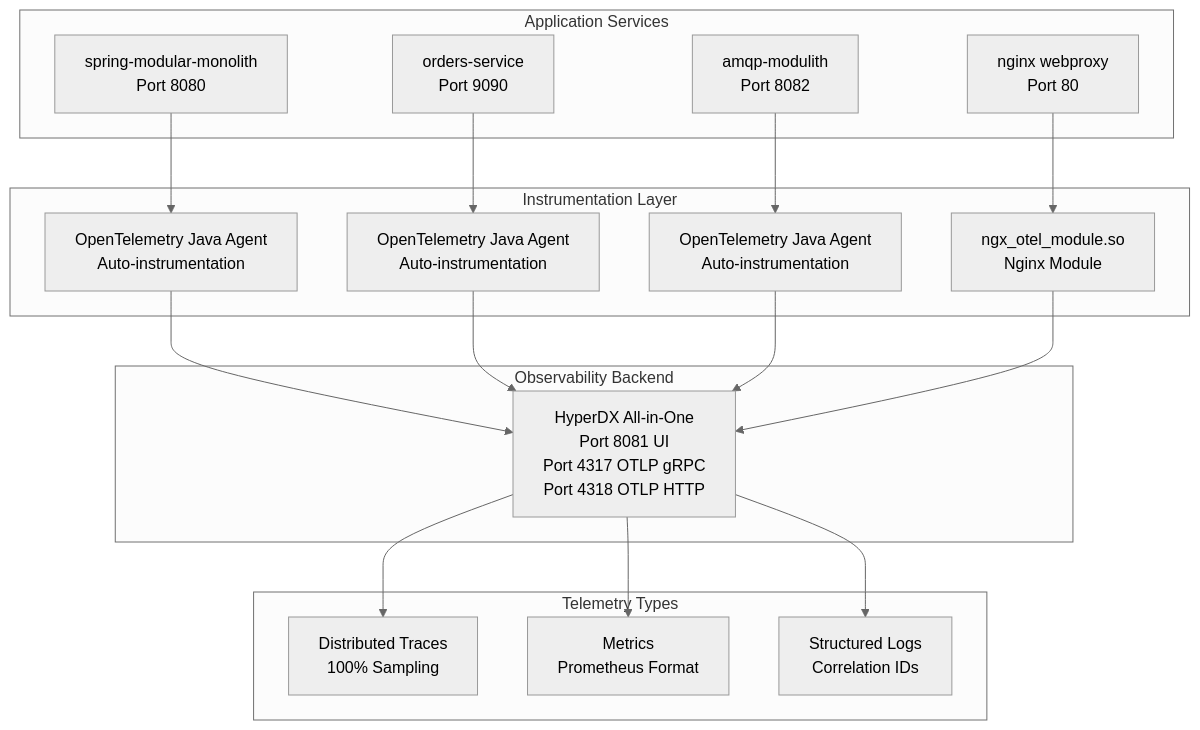
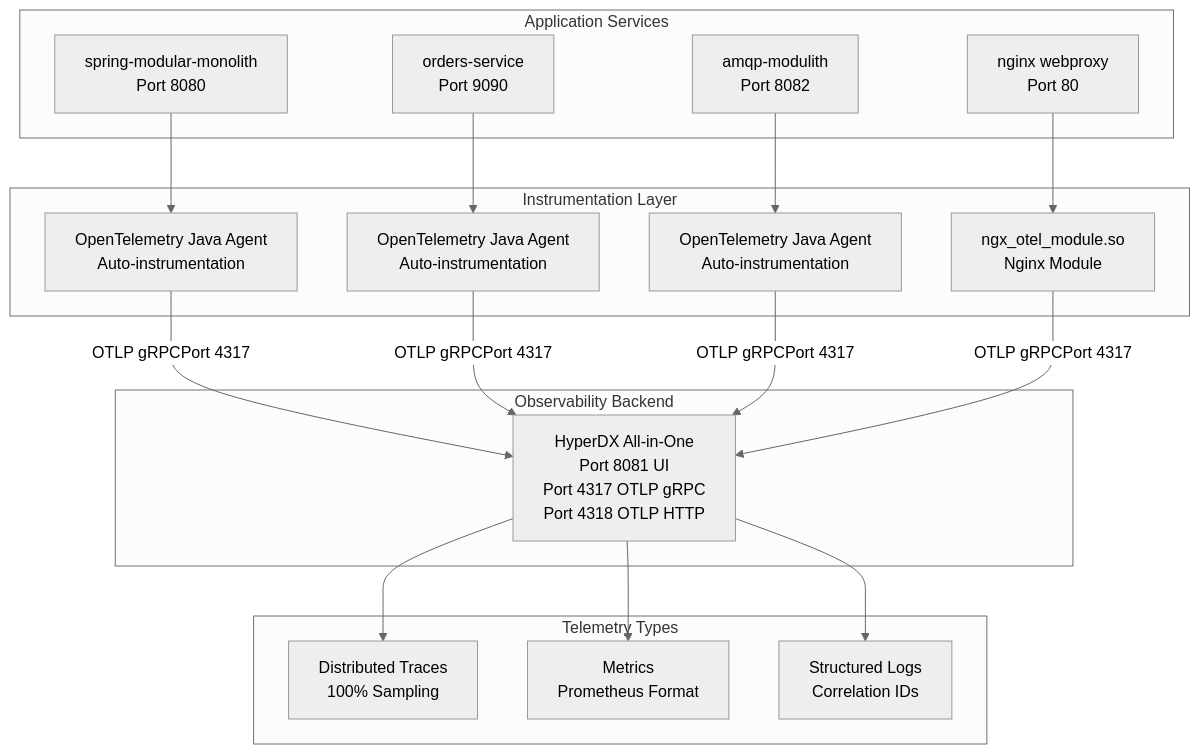
Before and after one commit to philipz/spring-modular-monolith: the first of 4 diagrams in docs/deepwiki/Observability-and-Monitoring.md, drawn with Mermaid (neutral theme). The commit also changed other lines of this file and 55 other files, not shown here.

````diff
--- a/docs/deepwiki/Observability-and-Monitoring.md
+++ b/docs/deepwiki/Observability-and-Monitoring.md
@@ -28,52 +28,52 @@
 ```mermaid
 flowchart TD
 
 Monolith["spring-modular-monolith<br>Port 8080"]
 OrdersSvc["orders-service<br>Port 9090"]
 AMQPMod["amqp-modulith<br>Port 8082"]
 Nginx["nginx webproxy<br>Port 80"]
 OTelAgent1["OpenTelemetry Java Agent<br>Auto-instrumentation"]
 OTelAgent2["OpenTelemetry Java Agent<br>Auto-instrumentation"]
 OTelAgent3["OpenTelemetry Java Agent<br>Auto-instrumentation"]
 OTelModule["ngx_otel_module.so<br>Nginx Module"]
 HyperDX["HyperDX All-in-One<br>Port 8081 UI<br>Port 4317 OTLP gRPC<br>Port 4318 OTLP HTTP"]
 Traces["Distributed Traces<br>100% Sampling"]
 Metrics["Metrics<br>Prometheus Format"]
 Logs["Structured Logs<br>Correlation IDs"]
 
 Monolith --> OTelAgent1
 OrdersSvc --> OTelAgent2
 AMQPMod --> OTelAgent3
 Nginx --> OTelModule
-OTelAgent1 --> HyperDX
-OTelAgent2 --> HyperDX
-OTelAgent3 --> HyperDX
-OTelModule --> HyperDX
+OTelAgent1 -->|"OTLP gRPCPort 4317"| HyperDX
+OTelAgent2 -->|"OTLP gRPCPort 4317"| HyperDX
+OTelAgent3 -->|"OTLP gRPCPort 4317"| HyperDX
+OTelModule -->|"OTLP gRPCPort 4317"| HyperDX
 HyperDX --> Traces
 HyperDX --> Metrics
 HyperDX --> Logs
 
 subgraph subGraph3 ["Telemetry Types"]
     Traces
     Metrics
     Logs
 end
 
 subgraph subGraph2 ["Observability Backend"]
     HyperDX
 end
 
 subgraph subGraph1 ["Instrumentation Layer"]
     OTelAgent1
     OTelAgent2
     OTelAgent3
     OTelModule
 end
 
 subgraph subGraph0 ["Application Services"]
     Monolith
     OrdersSvc
     AMQPMod
     Nginx
 end
 ```
````
